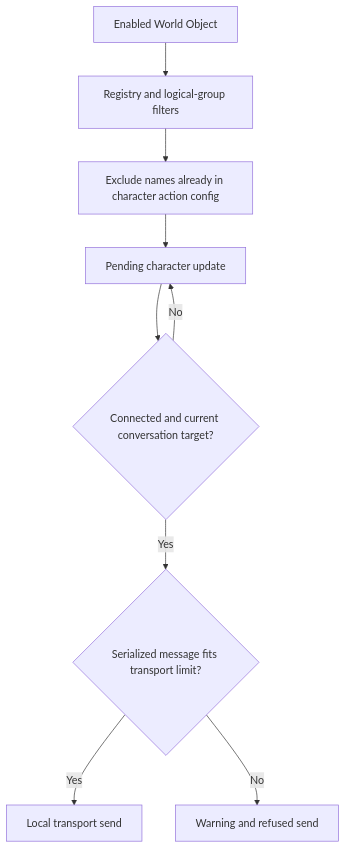
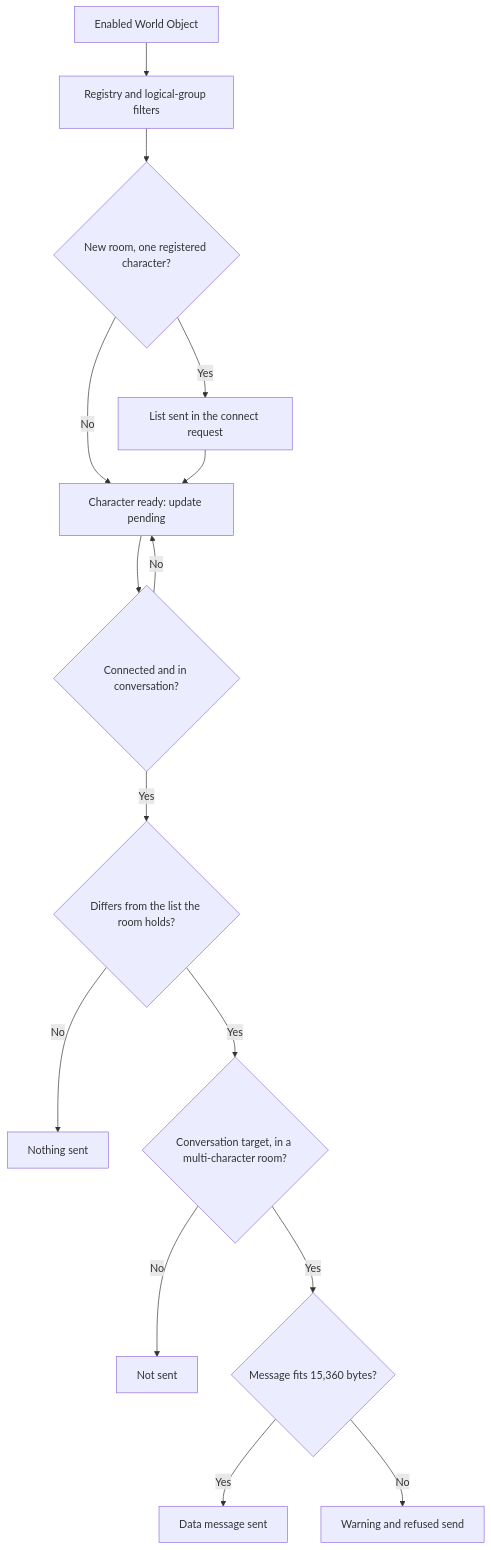
One commit to Conv-AI/Convai-Documentation changed the diagram in plugins-and-integrations/convai-unity-sdk/features/scene-metadata/how-scene-metadata-works.md. Above: the diagram before and after it, drawn with Mermaid. The commit also changed other lines of this file and 27 other files, not shown here.

````diff
--- a/plugins-and-integrations/convai-unity-sdk/features/scene-metadata/how-scene-metadata-works.md
+++ b/plugins-and-integrations/convai-unity-sdk/features/scene-metadata/how-scene-metadata-works.md
@@ -15,11 +17,17 @@
 ```mermaid
 flowchart TD
     A[Enabled World Object] --> B[Registry and logical-group filters]
-    B --> C[Exclude names already in character action config]
-    C --> D[Pending character update]
-    D --> E{Connected and current conversation target?}
+    B --> C{New room, one registered character?}
+    C -->|Yes| R[List sent in the connect request]
+    C -->|No| D
+    R --> D[Character ready: update pending]
+    D --> E{Connected and in conversation?}
     E -->|No| D
-    E -->|Yes| F{Serialized message fits transport limit?}
-    F -->|Yes| G[Local transport send]
-    F -->|No| H[Warning and refused send]
+    E -->|Yes| F{Differs from the list the room holds?}
+    F -->|No| X[Nothing sent]
+    F -->|Yes| T{Conversation target, in a multi-character room?}
+    T -->|No| X2[Not sent]
+    T -->|Yes| G{Message fits 15,360 bytes?}
+    G -->|Yes| S[Data message sent]
+    G -->|No| H[Warning and refused send]
 ```
````
